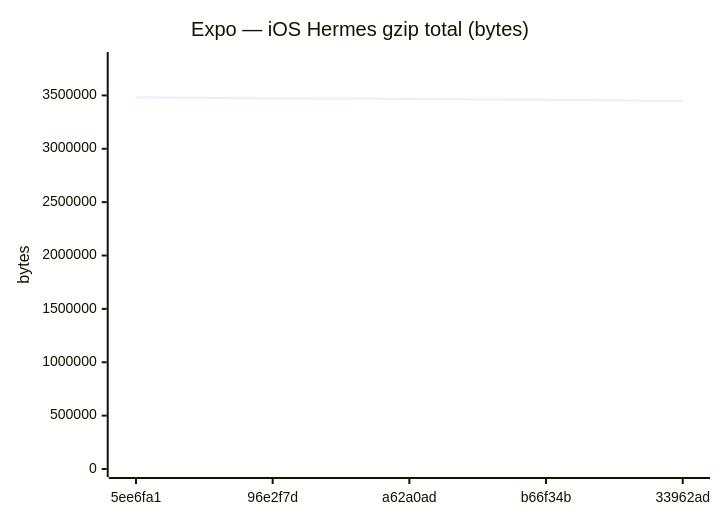
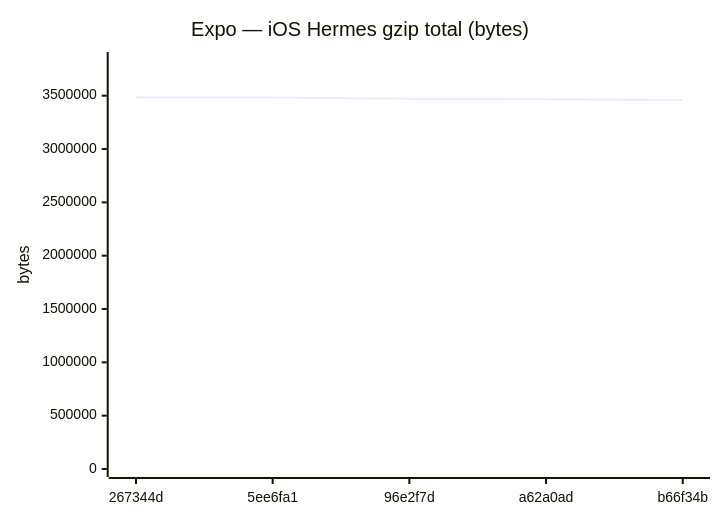
Before and after one commit to Metaheurist/Rianell: diagram 12 of 18 in benchmarks/compare.md, drawn with Mermaid. The commit also changed other lines of this file and 11 other files, not shown here.

````diff
--- a/benchmarks/compare.md
+++ b/benchmarks/compare.md
@@ -179,7 +179,7 @@
 ```mermaid
 xychart-beta
     title "Expo — iOS Hermes gzip total (bytes)"
-    x-axis ["5ee6fa1", "96e2f7d", "a62a0ad", "b66f34b", "33962ad"]
-    y-axis "bytes" 0 --> 3831733
-    line [3483393, 3471867, 3466755, 3460455, 3446796]
+    x-axis ["267344d", "5ee6fa1", "96e2f7d", "a62a0ad", "b66f34b"]
+    y-axis "bytes" 0 --> 3834851
+    line [3486228, 3483393, 3471867, 3466755, 3460455]
 ```
````
